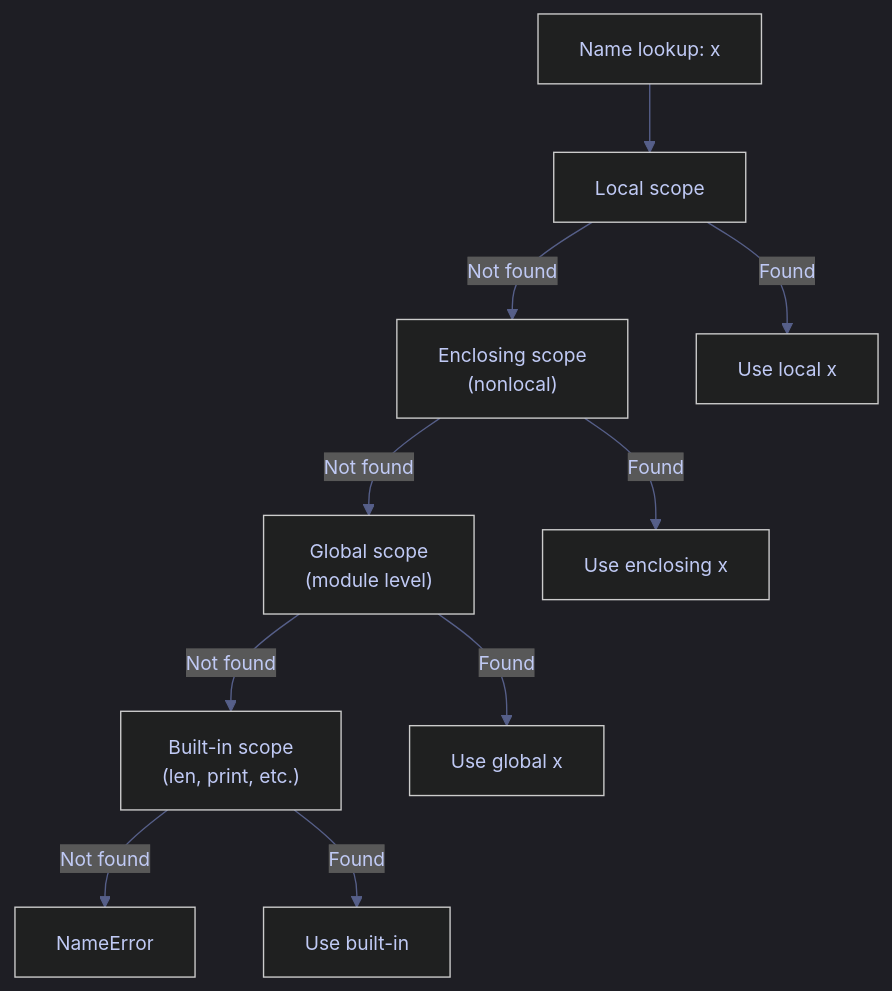
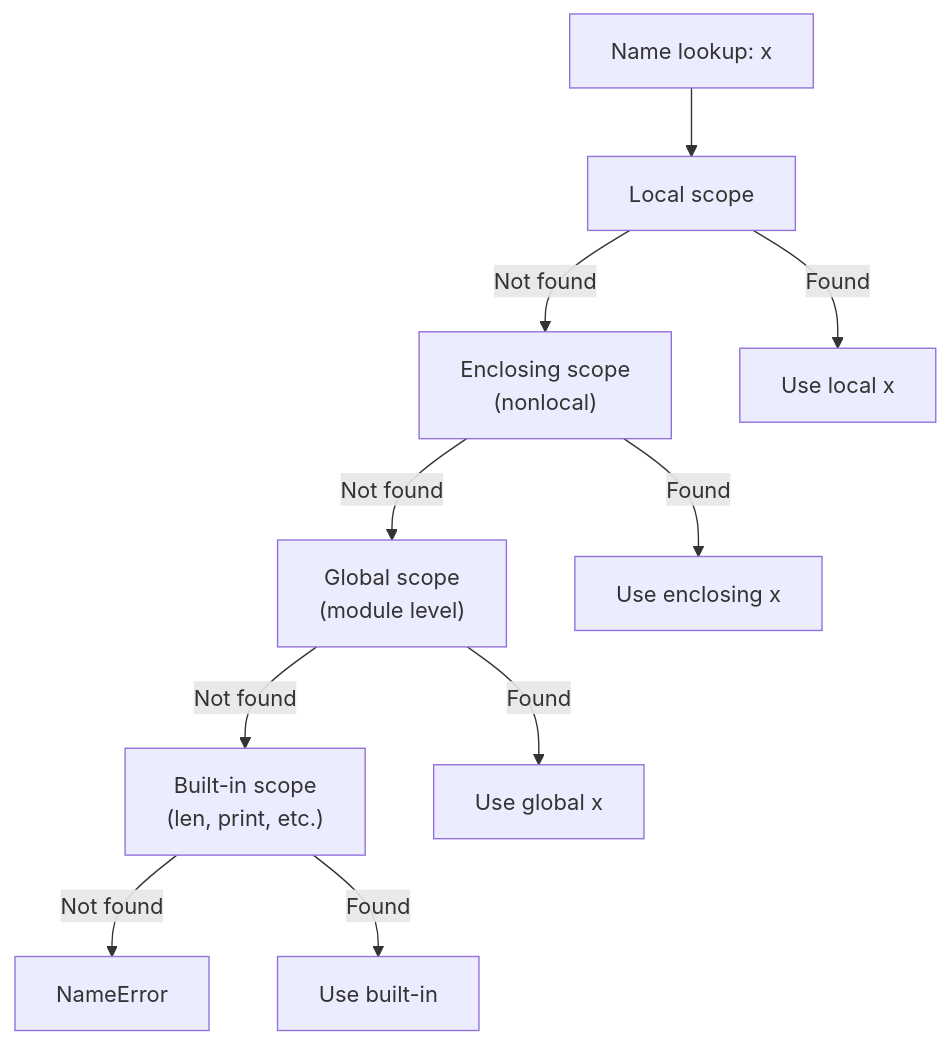
One commit to alp78/elysium changed the diagram in content/02-Programming-Languages/01-Python/04-py-functions.md. Above: the diagram before and after it, drawn with Mermaid. The commit also changed other lines of this file and 4 other files, not shown here.

````diff
--- a/content/02-Programming-Languages/01-Python/04-py-functions.md
+++ b/content/02-Programming-Languages/01-Python/04-py-functions.md
@@ -825,24 +805,12 @@
 ```mermaid
-%%{init: {'theme': 'dark', 'themeVariables': {
-  'primaryColor': '#292e42',
-  'primaryTextColor': '#c0caf5',
-  'primaryBorderColor': '#565f89',
-  'lineColor': '#565f89',
-  'secondaryColor': '#1a1b26',
-  'tertiaryColor': '#24283b',
-  'noteTextColor': '#c0caf5',
-  'noteBkgColor': '#292e42',
-  'textColor': '#c0caf5',
-  'fontSize': '14px'
-}}}%%
 flowchart TD
     A["Name lookup: x"] --> B["Local scope"]
     B -->|Not found| C["Enclosing scope<br>(nonlocal)"]
     C -->|Not found| D["Global scope<br>(module level)"]
     D -->|Not found| E["Built-in scope<br>(len, print, etc.)"]
     E -->|Not found| F["NameError"]
     B -->|Found| G["Use local x"]
     C -->|Found| H["Use enclosing x"]
     D -->|Found| I["Use global x"]
     E -->|Found| J["Use built-in"]
 ```
````
